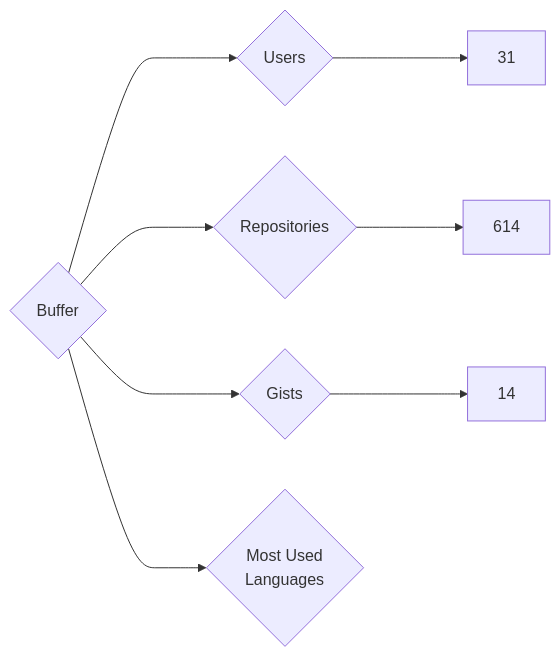
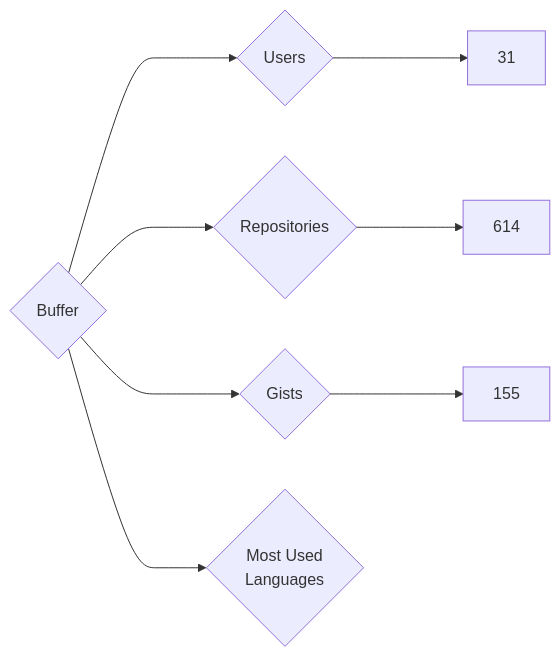
One commit to nenadzaric/insiders changed the diagram in targets/Buffer/README.md. Above: the diagram before and after it, drawn with Mermaid. The commit also changed 1342 other files, not shown here.

````diff
--- a/targets/Buffer/README.md
+++ b/targets/Buffer/README.md
@@ -3,8 +3,8 @@
 ```mermaid
 graph LR
 COMPANY_NAME{Buffer}
 COMPANY_NAME ---> U{Users} ---> UN[31]
 COMPANY_NAME ---> R{Repositories} ---> RN[614]
-COMPANY_NAME ---> G{Gists} ---> GN[14]
+COMPANY_NAME ---> G{Gists} ---> GN[155]
 COMPANY_NAME ---> ML{Most Used<br>Languages}
 ```
````
